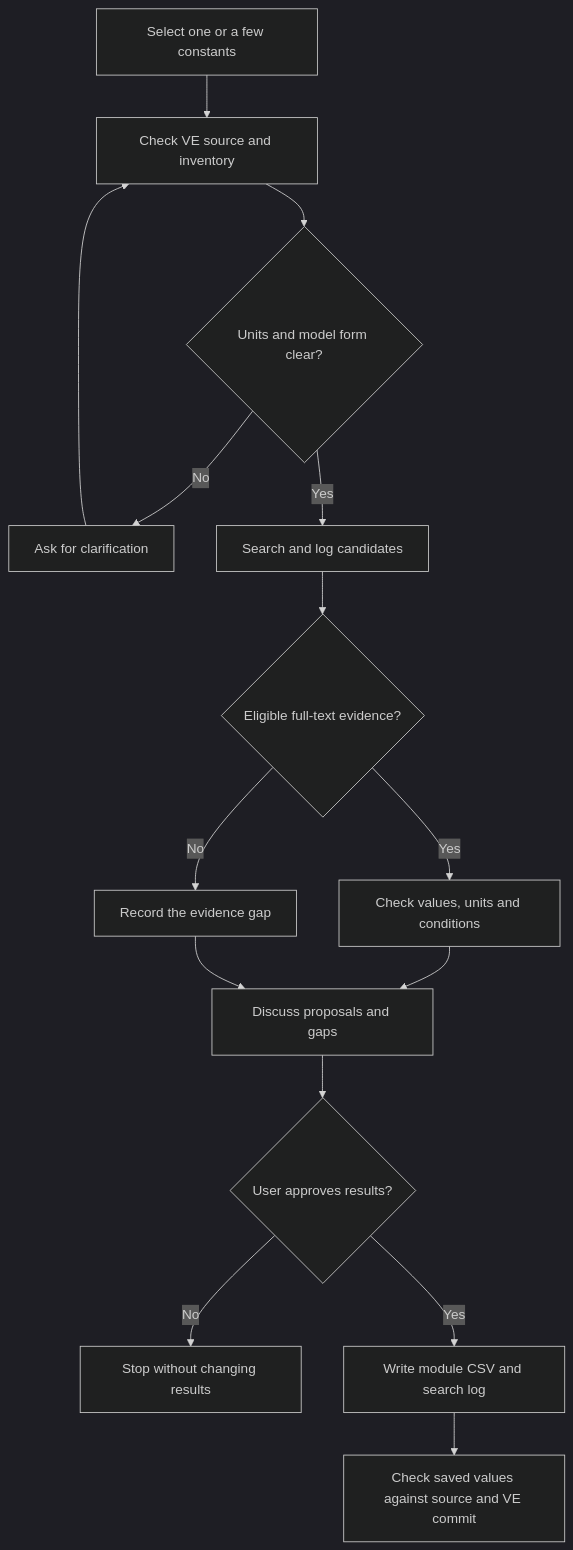
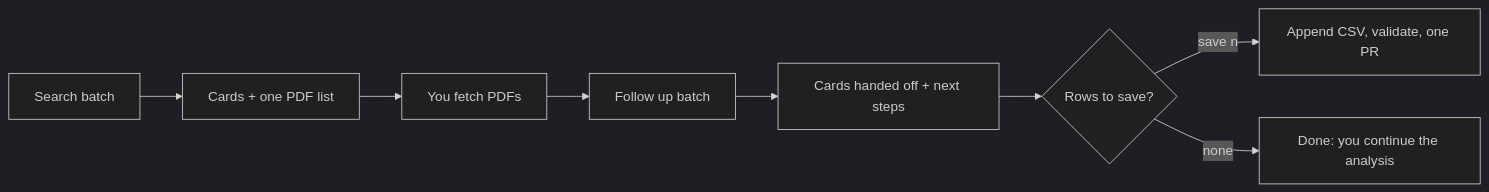
Before and after one commit to ImperialCollegeLondon/ve_data_science: the diagram in docs/AI-assisted-parameterisation.md, drawn with Mermaid (dark theme). The commit also changed other lines of this file and 4 other files, not shown here.

First line of the commit message:
docs(skill): batch workflow for ve-constant-search

````diff
--- a/docs/AI-assisted-parameterisation.md
+++ b/docs/AI-assisted-parameterisation.md
@@ -122,17 +32,10 @@
 ```mermaid
-flowchart TD
-    A[Select one or a few constants] --> B[Check VE source and inventory]
-    B --> C{Units and model form clear?}
-    C -- No --> D[Ask for clarification]
-    D --> B
-    C -- Yes --> E[Search and log candidates]
-    E --> F{Eligible full-text evidence?}
-    F -- Yes --> G[Check values, units and conditions]
-    F -- No --> H[Record the evidence gap]
-    G --> I[Discuss proposals and gaps]
-    H --> I
-    I --> J{User approves results?}
-    J -- No --> K[Stop without changing results]
-    J -- Yes --> L[Write module CSV and search log]
-    L --> M[Check saved values against source and VE commit]
+flowchart LR
+    A[Search batch] --> B[Cards + one PDF list]
+    B --> C[You fetch PDFs]
+    C --> D[Follow up batch]
+    D --> E[Cards handed off + next steps]
+    E --> F{Rows to save?}
+    F -- "save n" --> G[Append CSV, validate, one PR]
+    F -- none --> H[Done: you continue the analysis]
 ```
````
